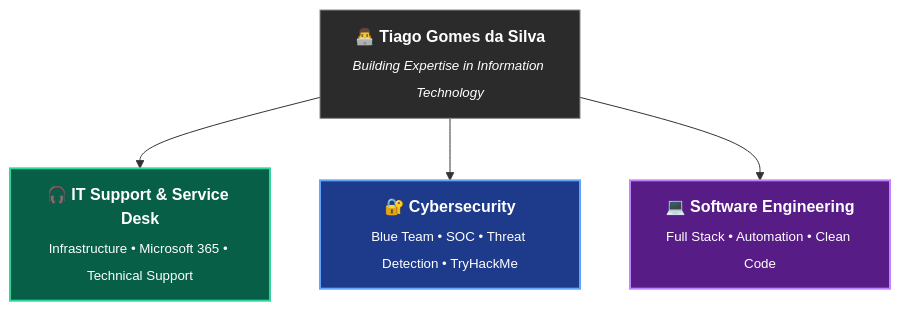
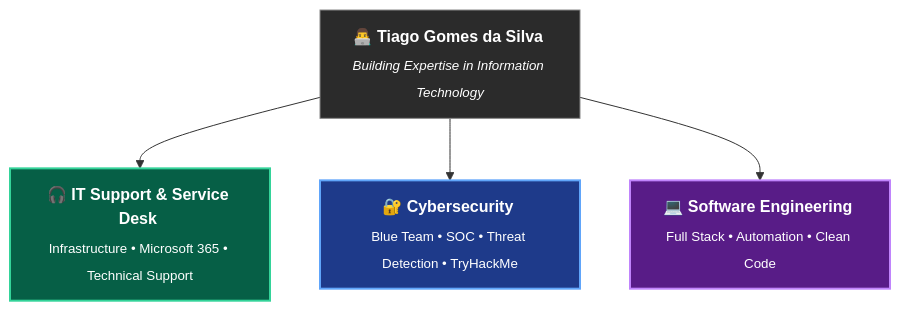
One commit to TiagoSilva00/TiagoSilva00 changed the diagram in README.md. Above: the diagram before and after it, drawn with Mermaid.

Commit message:
fix: corrige quebra de linha nos nós do diagrama Mermaid

````diff
--- a/README.md
+++ b/README.md
@@ -44,17 +44,11 @@
 ```mermaid
 graph TD
-
-    A["👨‍💻 <b>Tiago Gomes da Silva</b><br/><sub><i>Building Expertise in Information Technology</i></sub>"]
-
-    A --> B["🎧 <b>IT Support & Service Desk</b><br/><sub>Infrastructure • Microsoft 365 • Technical Support</sub>"]
-
-    A --> C["🔐 <b>Cybersecurity</b><br/><sub>Blue Team • SOC • Threat Detection • TryHackMe</sub>"]
-
-    A --> D["💻 <b>Software Engineering</b><br/><sub>Full Stack • Automation • Clean Code</sub>"]
-
+    A["👨‍💻 <b>Tiago Gomes da Silva</b> <br/><sub><i>Building Expertise in Information Technology</i></sub>"]
+    A --> B["🎧 <b>IT Support & Service Desk</b> <br/><sub>Infrastructure • Microsoft 365 • Technical Support</sub>"]
+    A --> C["🔐 <b>Cybersecurity</b> <br/><sub>Blue Team • SOC • Threat Detection • TryHackMe</sub>"]
+    A --> D["💻 <b>Software Engineering</b> <br/><sub>Full Stack • Automation • Clean Code</sub>"]
     style A fill:#2b2b2b,color:#fff,stroke:#888,stroke-width:1px
-
     style B fill:#065F46,color:#FFFFFF,stroke:#34D399,stroke-width:2px
     style C fill:#1E3A8A,color:#FFFFFF,stroke:#60A5FA,stroke-width:2px
     style D fill:#581C87,color:#FFFFFF,stroke:#C084FC,stroke-width:2px
 ```
````
